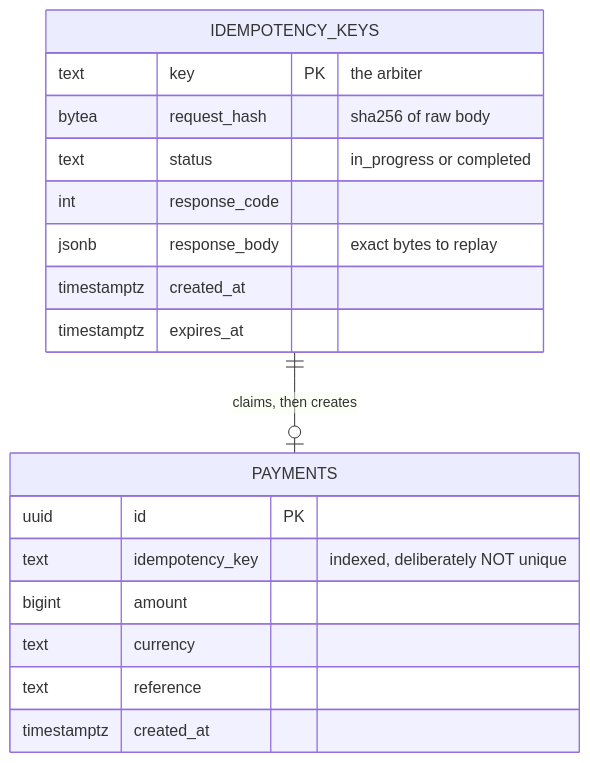
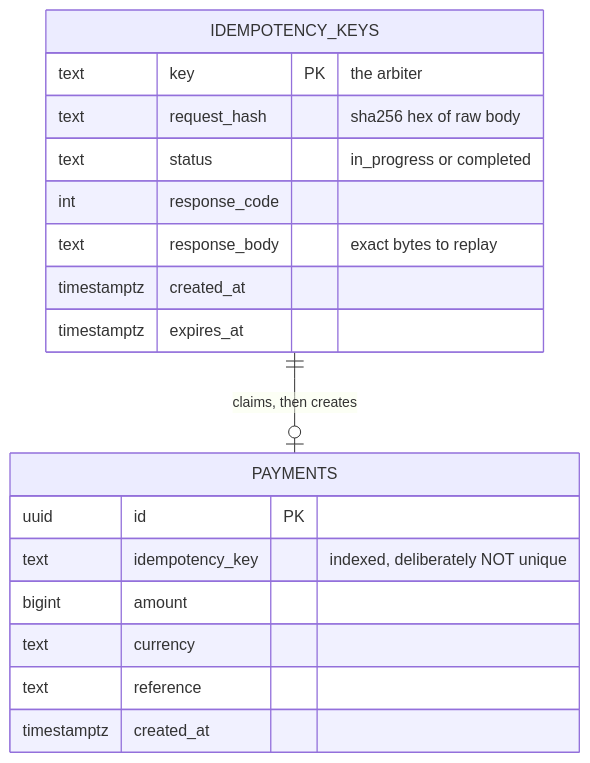
The eighth of 12 diagrams in docs/DIAGRAMS.md (Ridzzz0Alam/idempotent-payment), drawn with Mermaid before and after one commit. The commit also changed other lines of this file and 1 other file, not shown here.

````diff
--- a/docs/DIAGRAMS.md
+++ b/docs/DIAGRAMS.md
@@ -209,23 +254,23 @@
 ```mermaid
 erDiagram
     IDEMPOTENCY_KEYS ||--o| PAYMENTS : "claims, then creates"
 
     IDEMPOTENCY_KEYS {
         text key PK "the arbiter"
-        bytea request_hash "sha256 of raw body"
+        text request_hash "sha256 hex of raw body"
         text status "in_progress or completed"
         int response_code
-        jsonb response_body "exact bytes to replay"
+        text response_body "exact bytes to replay"
         timestamptz created_at
         timestamptz expires_at
     }
 
     PAYMENTS {
         uuid id PK
         text idempotency_key "indexed, deliberately NOT unique"
         bigint amount
         text currency
         text reference
         timestamptz created_at
     }
 ```
````
